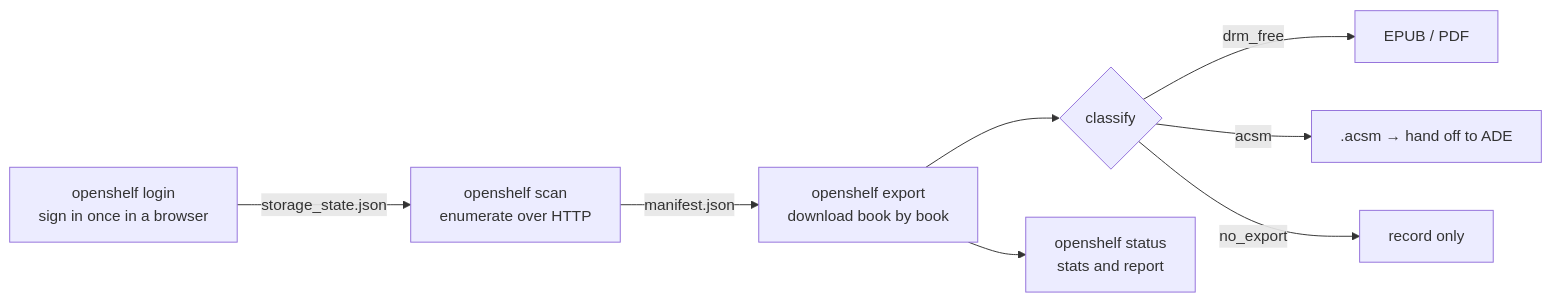
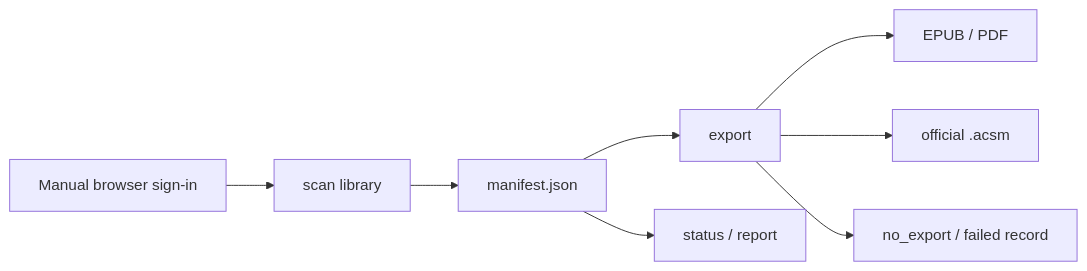
Before and after one commit to SanHsien/openshelf: the diagram in README.en.md, drawn with Mermaid. The commit also changed other lines of this file and 1 other file, not shown here.

````diff
--- a/README.en.md
+++ b/README.en.md
@@ -78,10 +90,10 @@
 ```mermaid
 flowchart LR
-    A[openshelf login<br/>sign in once in a browser] -->|storage_state.json| B[openshelf scan<br/>enumerate over HTTP]
-    B -->|manifest.json| C[openshelf export<br/>download book by book]
-    C --> D{classify}
-    D -->|drm_free| E[EPUB / PDF]
-    D -->|acsm| F[.acsm → hand off to ADE]
-    D -->|no_export| G[record only]
-    C --> H[openshelf status<br/>stats and report]
+    A[Manual browser sign-in] --> B[scan library]
+    B --> C[manifest.json]
+    C --> D[export]
+    D --> E[EPUB / PDF]
+    D --> F[official .acsm]
+    D --> G[no_export / failed record]
+    C --> H[status / report]
 ```
````
